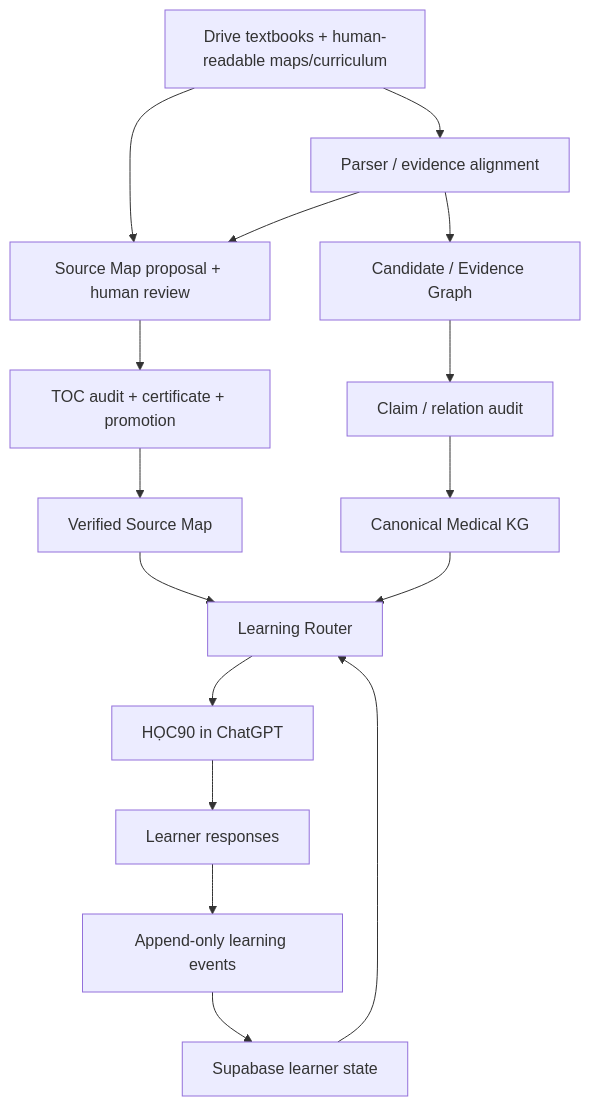
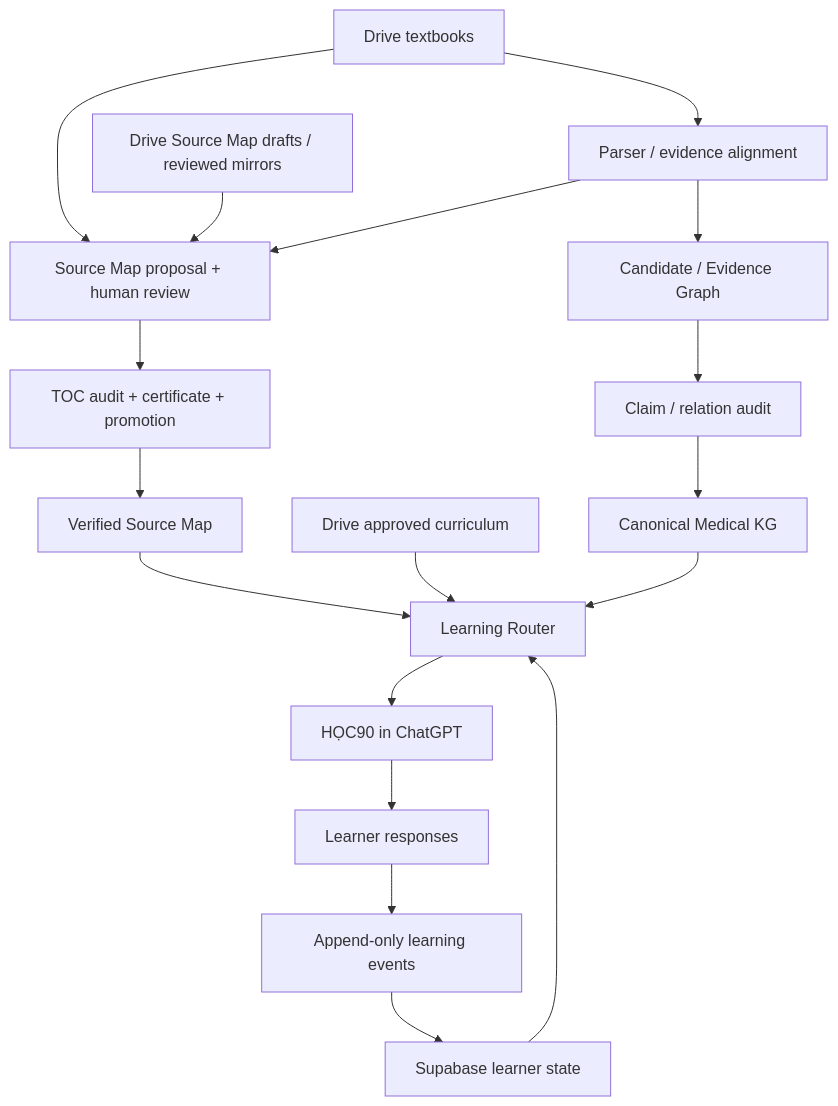
Before and after one commit to dnma28/medical-learning-system: the diagram in README.md, drawn with Mermaid.

Commit message:
docs: show separate textbook, map, and curriculum inputs

````diff
--- a/README.md
+++ b/README.md
@@ -20,18 +20,20 @@
 ```mermaid
 flowchart TD
-    D["Drive textbooks + human-readable maps/curriculum"] --> P["Parser / evidence alignment"]
-    D --> S["Source Map proposal + human review"]
+    T["Drive textbooks"] --> P["Parser / evidence alignment"]
+    T --> S["Source Map proposal + human review"]
+    D["Drive Source Map drafts / reviewed mirrors"] --> S
     P --> S
     P --> C["Candidate / Evidence Graph"]
     S --> V["TOC audit + certificate + promotion"]
     V --> M["Verified Source Map"]
     C --> A["Claim / relation audit"]
     A --> K["Canonical Medical KG"]
     M --> R["Learning Router"]
+    Q["Drive approved curriculum"] --> R
     K --> R
     U["Supabase learner state"] --> R
     R --> H["HỌC90 in ChatGPT"]
     H --> L["Learner responses"]
     L --> E["Append-only learning events"]
     E --> U
 ```
````
